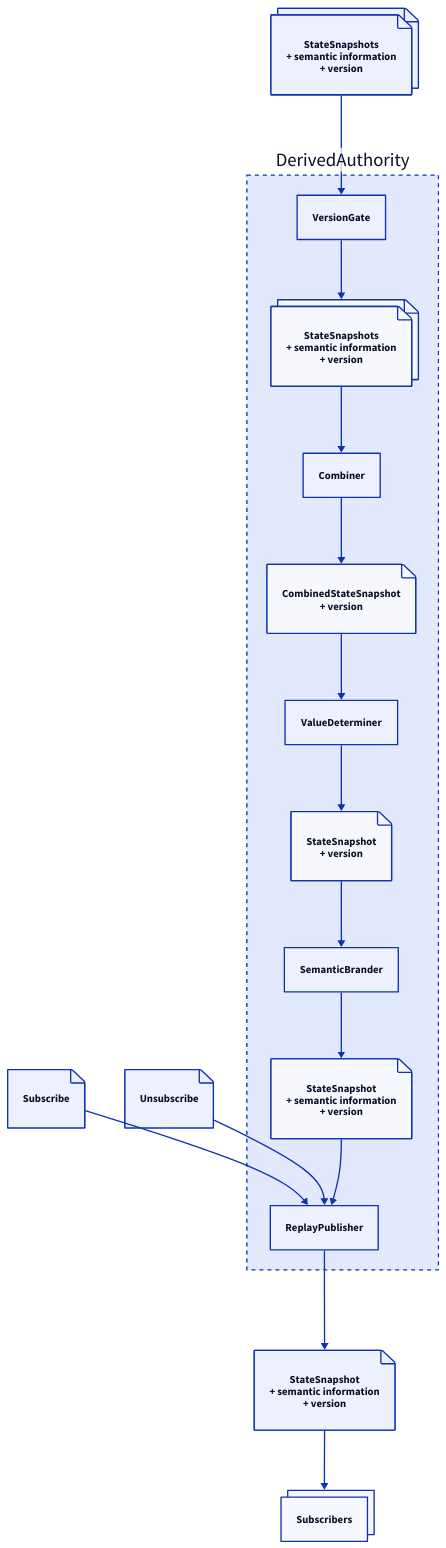
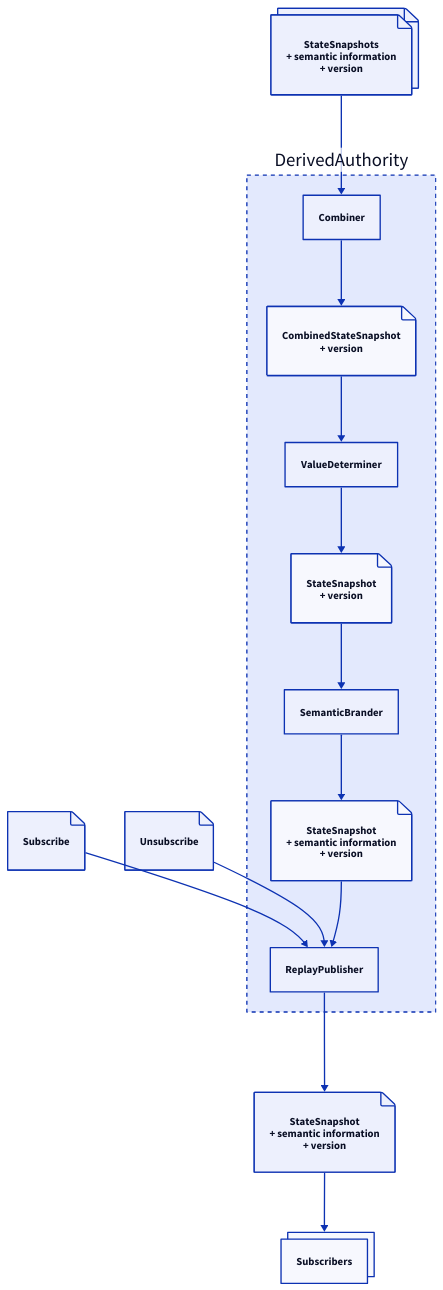
One commit to MostlyIT/nact-extensions changed the diagram in source/actors/state/derived-authority/DerivedAuthority.d2. Above: the diagram before and after it, drawn with D2. The commit also changed 1 other file, not shown here.

Commit message:
Removed version gate actor from Authorities.

```diff
--- a/source/actors/state/derived-authority/DerivedAuthority.d2
+++ b/source/actors/state/derived-authority/DerivedAuthority.d2
@@ -1,61 +1,55 @@
 classes: {
   composition: {
     style.stroke-dash: 3
   }
 }
 
 # Input messages
 StateSnapshots: StateSnapshots\n+ semantic information\n+ version {
   shape: page
   style.multiple: true
 }
-StateSnapshots -> DerivedAuthority.VersionGate
+StateSnapshots -> DerivedAuthority.Combiner
 Subscribe: {
   shape: page
 }
 Subscribe -> DerivedAuthority.ReplayPublisher
 Unsubscribe: {
   shape: page
 }
 Unsubscribe -> DerivedAuthority.ReplayPublisher
 
 # Main actor
 DerivedAuthority: {
   class: composition
 
   # Internal actors
   Combiner
   ReplayPublisher
   SemanticBrander
   ValueDeterminer
-  VersionGate
 
   CombinedStateSnapshot: CombinedStateSnapshot\n+ version {
     shape: page
   }
   Combiner -> CombinedStateSnapshot -> ValueDeterminer
   StateSnapshotWithMetaData: StateSnapshot\n+ semantic information\n+ version {
     shape: page
   }
   SemanticBrander -> StateSnapshotWithMetaData -> ReplayPublisher
   StateSnapshot: StateSnapshot\n+ version {
     shape: page
   }
   ValueDeterminer -> StateSnapshot -> SemanticBrander
-  StateSnapshots: StateSnapshots\n+ semantic information\n+ version {
-    shape: page
-    style.multiple: true
-  }
-  VersionGate -> StateSnapshots -> Combiner
 }
 
 # Output messages
 OutputStateSnapshot: StateSnapshot\n+ semantic information\n+ version {
   shape: page
 }
 DerivedAuthority.ReplayPublisher -> OutputStateSnapshot -> Subscribers
 
 # Environment actors
 Subscribers: {
   style.multiple: true
 }
```
